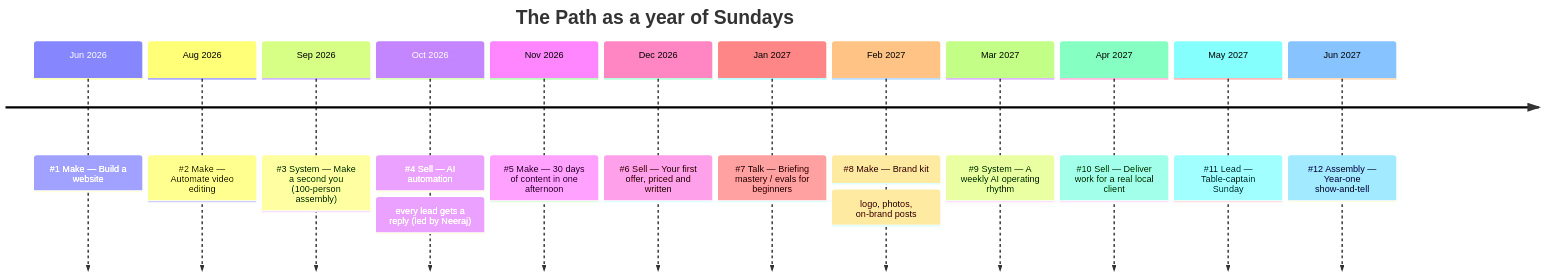
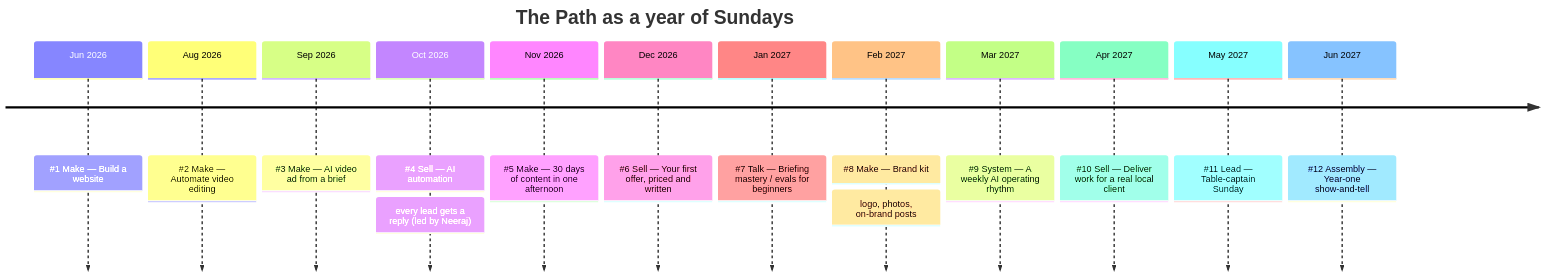
The third of 4 diagrams in docs/MIND-MAP.md (subhamkanoi-jpg/theaiworkshop), drawn with Mermaid before and after one commit. The commit also changed other lines of this file and 2 other files, not shown here.

First line of the commit message:
Runbook: follow-ups that run in Make, required bot hand-over, honest free-tier maths

````diff
--- a/docs/MIND-MAP.md
+++ b/docs/MIND-MAP.md
@@ -165,16 +165,16 @@
 ```mermaid
 timeline
   title The Path as a year of Sundays
   Jun 2026 : #1 Make — Build a website
   Aug 2026 : #2 Make — Automate video editing
-  Sep 2026 : #3 System — Make a second you (100-person assembly)
+  Sep 2026 : #3 Make — AI video ad from a brief
   Oct 2026 : #4 Sell — AI automation: every lead gets a reply (led by Neeraj)
   Nov 2026 : #5 Make — 30 days of content in one afternoon
   Dec 2026 : #6 Sell — Your first offer, priced and written
   Jan 2027 : #7 Talk — Briefing mastery / evals for beginners
   Feb 2027 : #8 Make — Brand kit: logo, photos, on-brand posts
   Mar 2027 : #9 System — A weekly AI operating rhythm
   Apr 2027 : #10 Sell — Deliver work for a real local client
   May 2027 : #11 Lead — Table-captain Sunday
   Jun 2027 : #12 Assembly — Year-one show-and-tell
 ```
````
